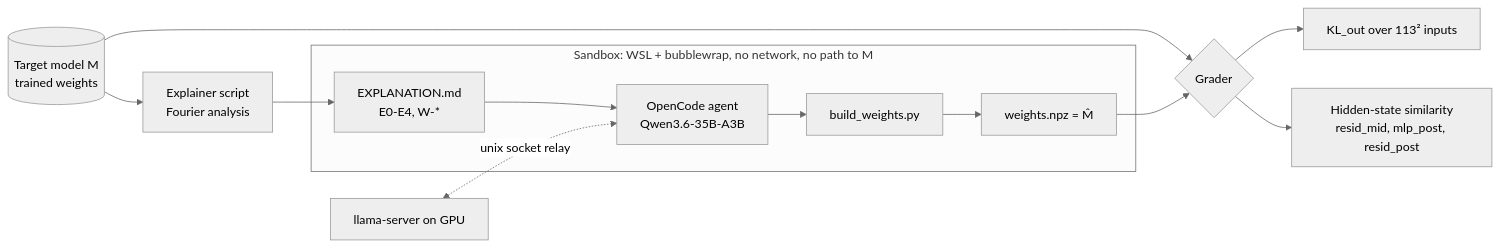
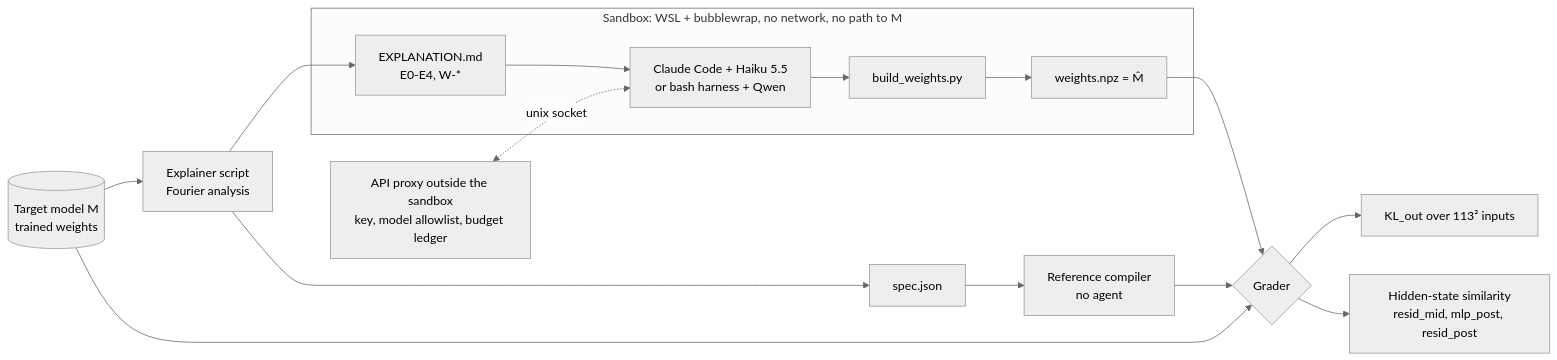
Before and after one commit to BurnyCoder/verifiable-mechanistic-interpretability-by-grading-explanations-using-simulations: the diagram in README.md, drawn with Mermaid (neutral theme). The commit also changed other lines of this file and 16 other files, not shown here.

````diff
--- a/README.md
+++ b/README.md
@@ -44,14 +117,15 @@
 ```mermaid
 flowchart LR
     M[(Target model M<br/>trained weights)] --> X[Explainer script<br/>Fourier analysis]
     X --> E[EXPLANATION.md<br/>E0-E4, W-*]
+    X --> S[spec.json] --> C[Reference compiler<br/>no agent] --> G
     subgraph SB[Sandbox: WSL + bubblewrap, no network, no path to M]
-        E --> A[OpenCode agent<br/>Qwen3.6-35B-A3B]
+        E --> A[Claude Code + Haiku 5.5<br/>or bash harness + Qwen]
         A --> B[build_weights.py] --> W[weights.npz = M̂]
     end
-    L[llama-server on GPU] <-. unix socket relay .-> A
+    P[API proxy outside the sandbox<br/>key, model allowlist, budget ledger] <-. unix socket .-> A
     M --> G{Grader}
     W --> G
     G --> S1[KL_out over 113² inputs]
     G --> S2[Hidden-state similarity<br/>resid_mid, mlp_post, resid_post]
 ```
````
